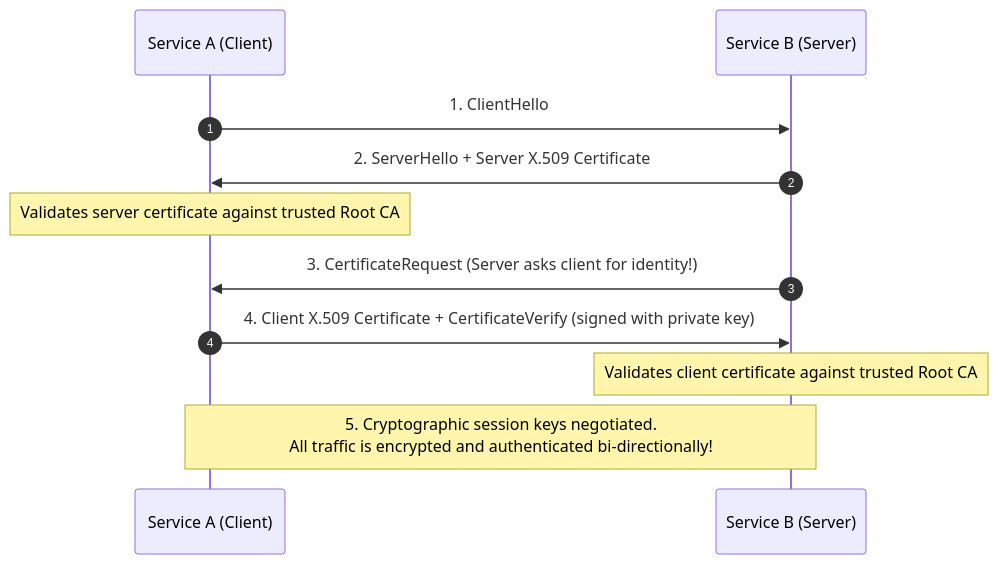
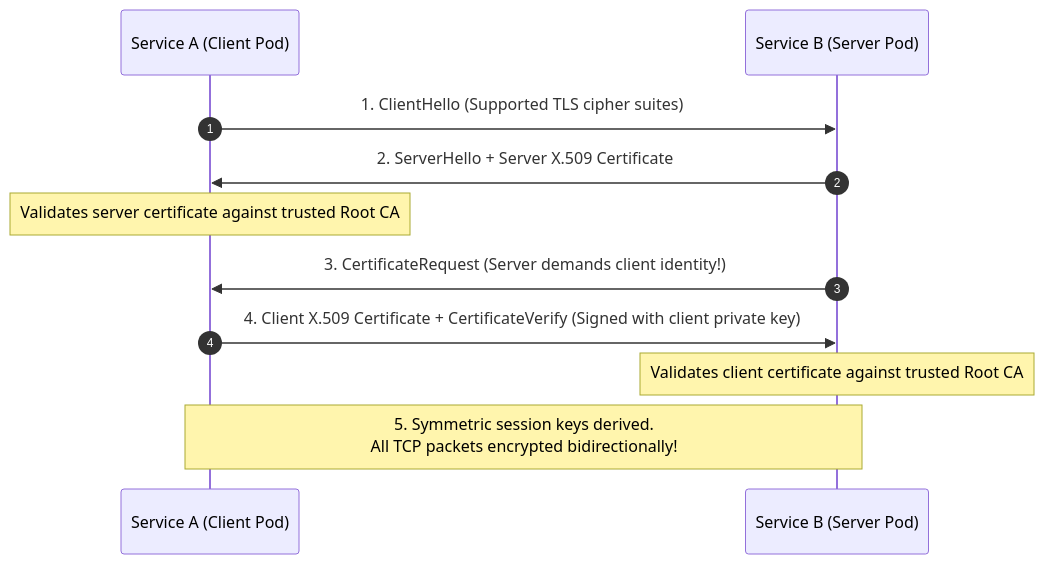
Before and after one commit to weaponxwolf/backend-engineering-mastry: the sixth of 7 diagrams in docs/production/oauth2-zerotrust-mesh.mdx, drawn with Mermaid. The commit also changed other lines of this file and 15 other files, not shown here.

````diff
--- a/docs/production/oauth2-zerotrust-mesh.mdx
+++ b/docs/production/oauth2-zerotrust-mesh.mdx
@@ -116,14 +228,14 @@
 ```mermaid
 sequenceDiagram
     autonumber
-    participant Client as Service A (Client)
-    participant Server as Service B (Server)
+    participant Client as Service A (Client Pod)
+    participant Server as Service B (Server Pod)
 
-    Client->>Server: 1. ClientHello
+    Client->>Server: 1. ClientHello (Supported TLS cipher suites)
     Server->>Client: 2. ServerHello + Server X.509 Certificate
     Note over Client: Validates server certificate against trusted Root CA
-    Server->>Client: 3. CertificateRequest (Server asks client for identity!)
-    Client->>Server: 4. Client X.509 Certificate + CertificateVerify (signed with private key)
+    Server->>Client: 3. CertificateRequest (Server demands client identity!)
+    Client->>Server: 4. Client X.509 Certificate + CertificateVerify (Signed with client private key)
     Note over Server: Validates client certificate against trusted Root CA
-    Note over Client,Server: 5. Cryptographic session keys negotiated.<br/>All traffic is encrypted and authenticated bi-directionally!
+    Note over Client,Server: 5. Symmetric session keys derived.<br/>All TCP packets encrypted bidirectionally!
 ```
````
